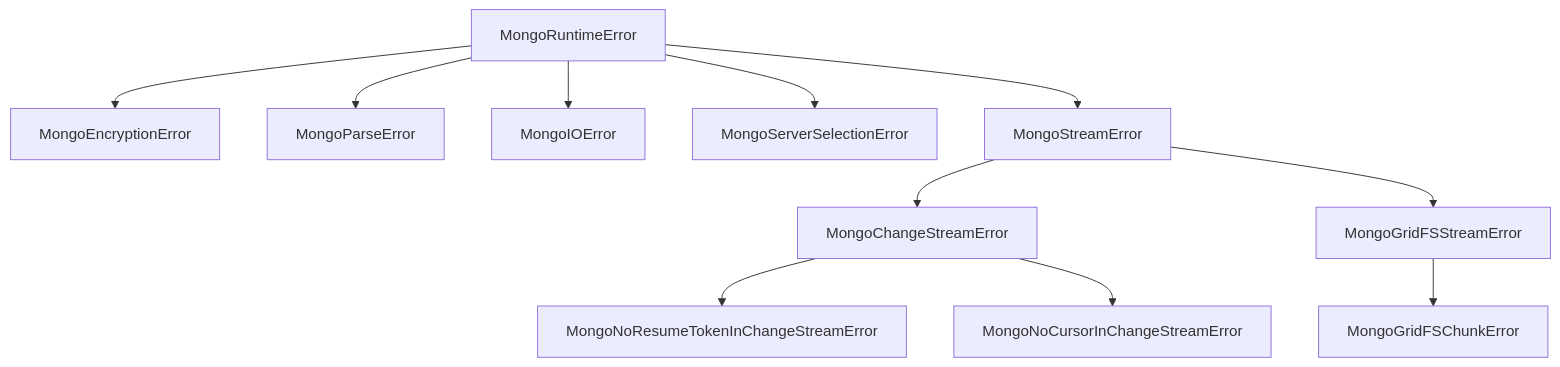
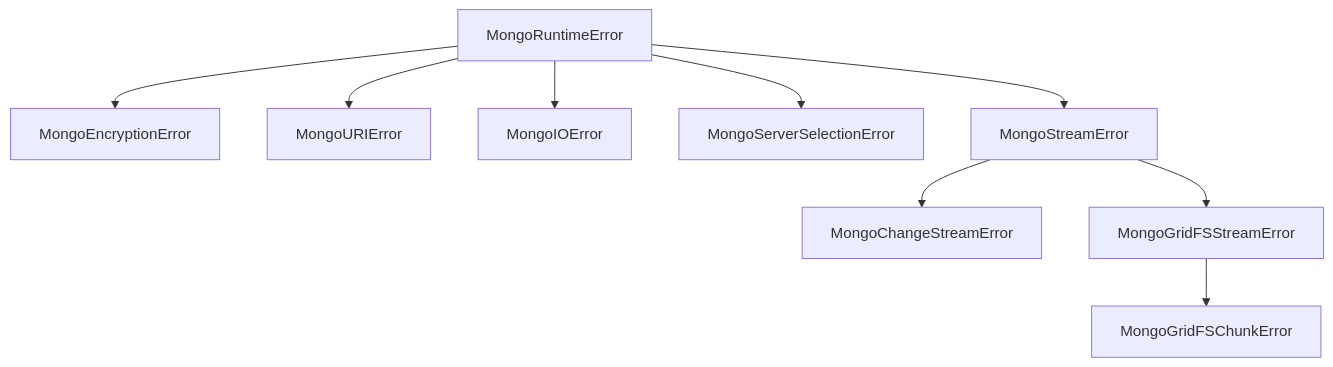
Before and after one commit to mongodb/node-mongodb-native: the diagram in docs/charts/mermaid/MongoRuntimeError_1.mmd, drawn with Mermaid. The commit also changed 11 other files, not shown here.

Commit message:
docs: Update mermaid files and svgs

```diff
--- a/docs/charts/mermaid/MongoRuntimeError_1.mmd
+++ b/docs/charts/mermaid/MongoRuntimeError_1.mmd
@@ -1,13 +1,11 @@
 graph TD
   MongoRuntimeError --> MongoEncryptionError
-  MongoRuntimeError --> MongoParseError
+  MongoRuntimeError --> MongoURIError
   MongoRuntimeError --> MongoIOError
   MongoRuntimeError --> MongoServerSelectionError
   MongoRuntimeError --> MongoStreamError
 
   MongoStreamError --> MongoChangeStreamError
   MongoStreamError --> MongoGridFSStreamError
 
-  MongoChangeStreamError --> MongoNoResumeTokenInChangeStreamError
-  MongoChangeStreamError --> MongoNoCursorInChangeStreamError
   MongoGridFSStreamError --> MongoGridFSChunkError
```
